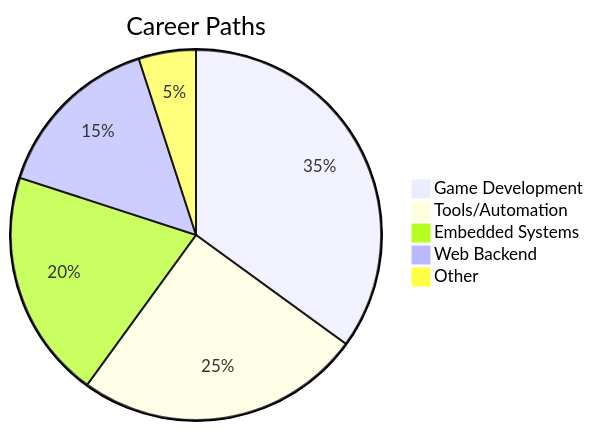
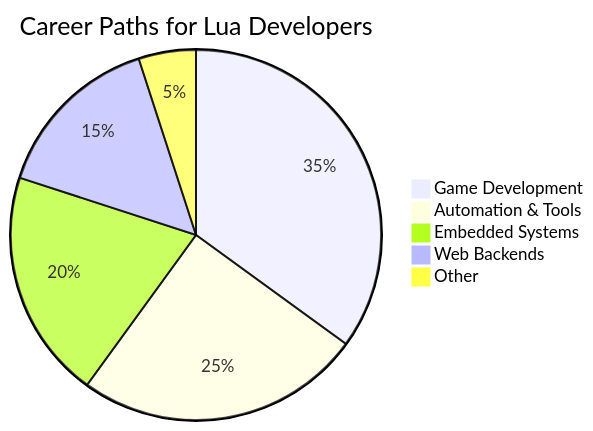
Before and after one commit to hetfs/Lua: the second of 2 diagrams in README.md, drawn with Mermaid. The commit also changed other lines of this file, not shown here.

````diff
--- a/README.md
+++ b/README.md
@@ -116,9 +200,9 @@
 ```mermaid
 pie
-title Career Paths
+title Career Paths for Lua Developers
 "Game Development" : 35
-"Tools/Automation" : 25
+"Automation & Tools" : 25
 "Embedded Systems" : 20
-"Web Backend" : 15
+"Web Backends" : 15
 "Other" : 5
 ```
````
